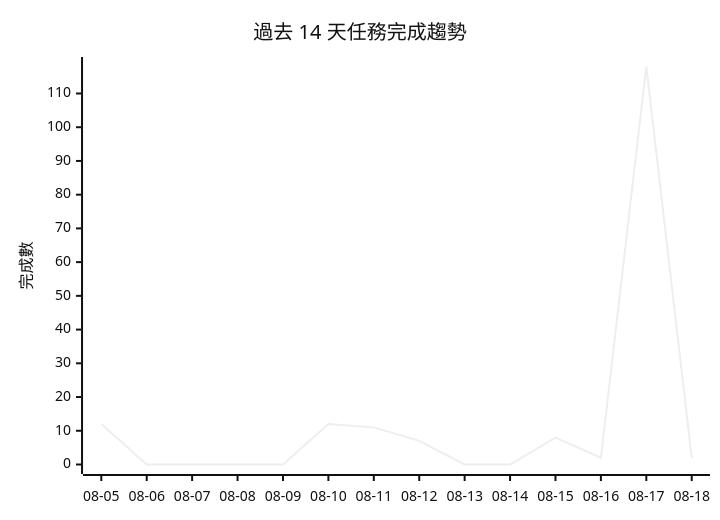
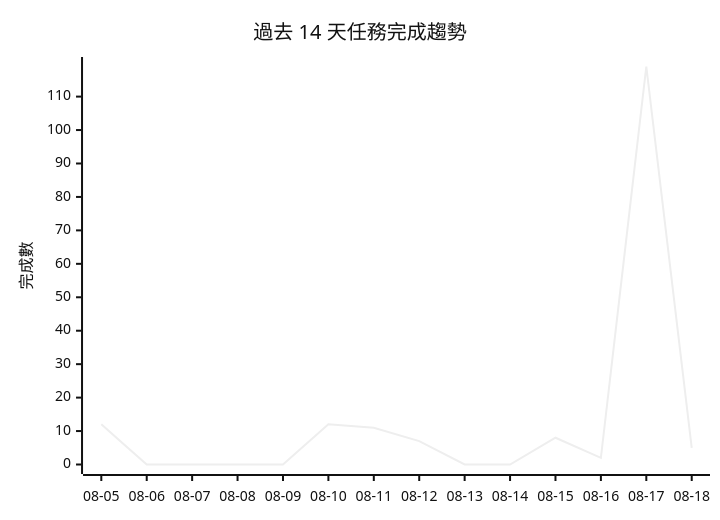
Before and after one commit to gentoobreaking/ai-tasks: the diagram in PROJECTS.md, drawn with Mermaid (neutral theme). The commit also changed other lines of this file and 69 other files, not shown here.

````diff
--- a/PROJECTS.md
+++ b/PROJECTS.md
@@ -151,7 +148,7 @@
 ```mermaid
 xychart-beta
     title "過去 14 天任務完成趨勢"
     x-axis ["08-05", "08-06", "08-07", "08-08", "08-09", "08-10", "08-11", "08-12", "08-13", "08-14", "08-15", "08-16", "08-17", "08-18"]
-    y-axis "完成數" 0 --> 118
-    line [12, 0, 0, 0, 0, 12, 11, 7, 0, 0, 8, 2, 118, 2]
+    y-axis "完成數" 0 --> 119
+    line [12, 0, 0, 0, 0, 12, 11, 7, 0, 0, 8, 2, 119, 5]
 ```
````
